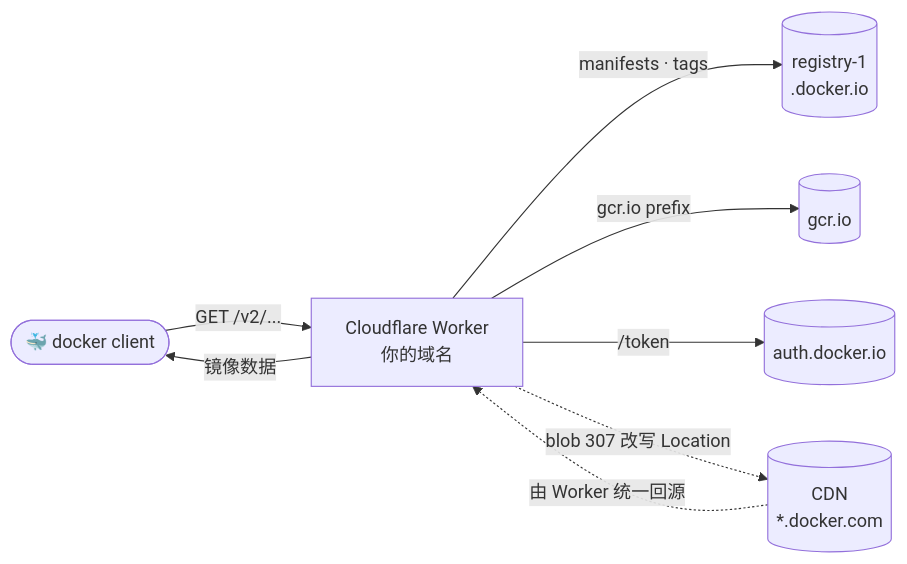
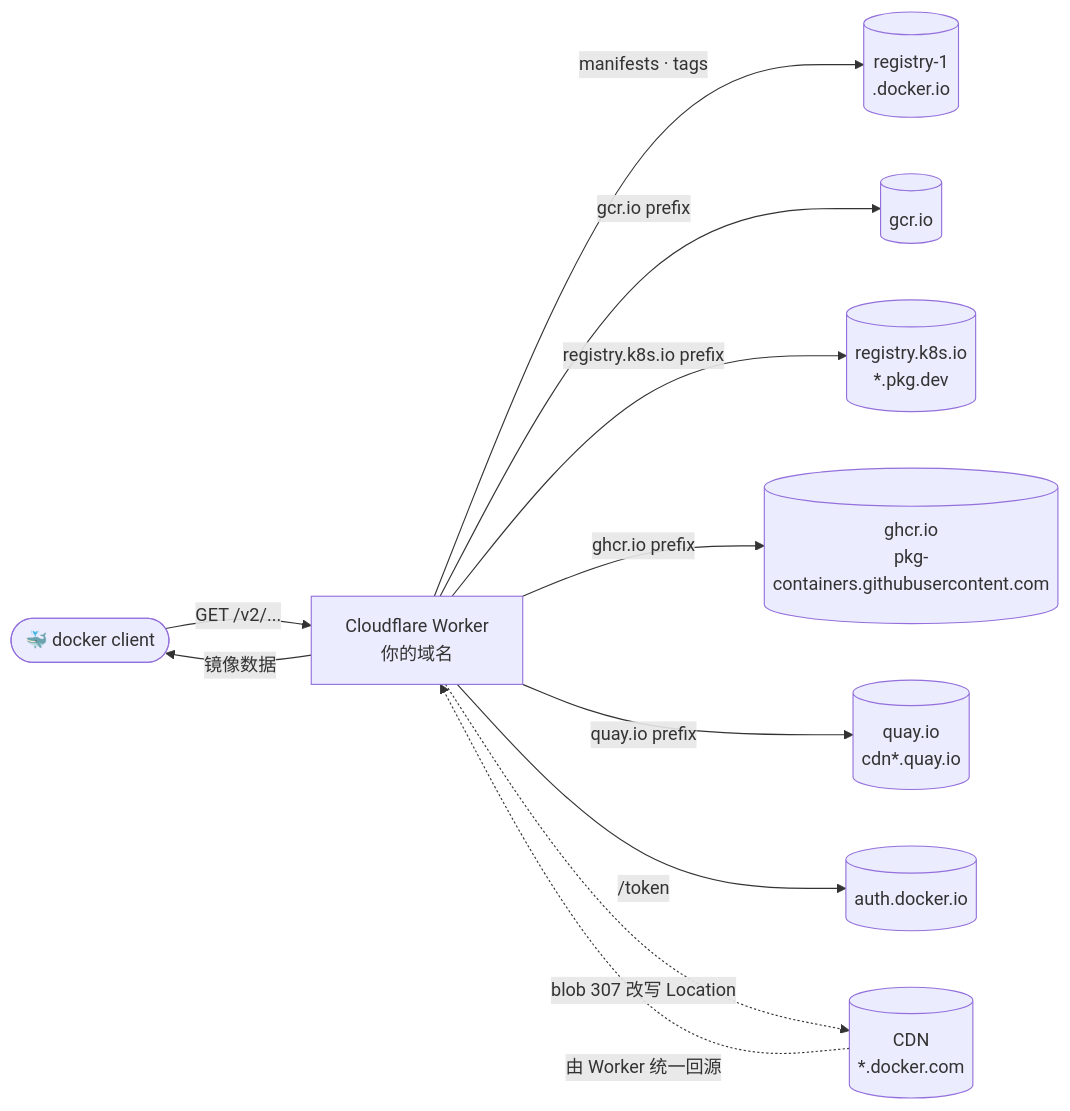
Before and after one commit to xhq422105288/DockerProxyCF: the diagram in README.md, drawn with Mermaid. The commit also changed other lines of this file and 1 other file, not shown here.

Commit message:
新增 Kubernetes GHCR Quay 镜像代理

````diff
--- a/README.md
+++ b/README.md
@@ -93,10 +102,13 @@
 ```mermaid
 flowchart LR
     C([🐳 docker client]) -->|"GET /v2/..."| W["Cloudflare Worker<br/>你的域名"]
     W -->|manifests · tags| R[("registry-1<br/>.docker.io")]
     W -->|gcr.io prefix| G[("gcr.io")]
+    W -->|registry.k8s.io prefix| K[("registry.k8s.io<br/>*.pkg.dev")]
+    W -->|ghcr.io prefix| H[("ghcr.io<br/>pkg-containers.githubusercontent.com")]
+    W -->|quay.io prefix| Q[("quay.io<br/>cdn*.quay.io")]
     W -->|/token| A[("auth.docker.io")]
     W -.->|blob 307 改写 Location| CDN[("CDN<br/>*.docker.com")]
     CDN -.->|由 Worker 统一回源| W
     W -->|镜像数据| C
 ```
````
